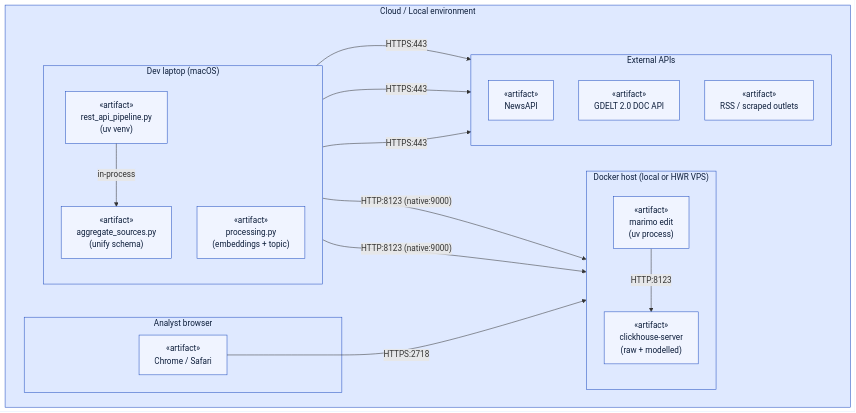
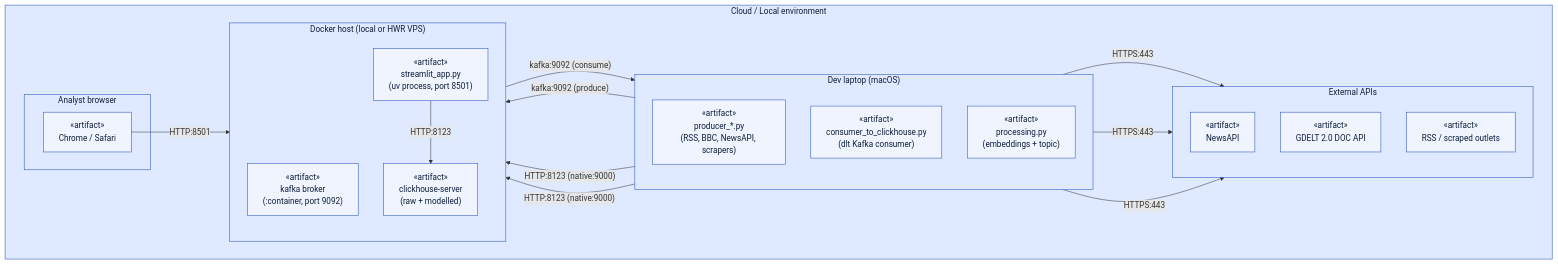
One commit to njaltran/news-intelligence-platform changed the third of 3 diagrams in docs/architecture/03-system-design-diagrams.md. Above: the diagram before and after it, drawn with Mermaid. The commit also changed other lines of this file, not shown here.

First line of the commit message:
Restore Kafka arm and switch dashboards to Streamlit

````diff
--- a/docs/architecture/03-system-design-diagrams.md
+++ b/docs/architecture/03-system-design-diagrams.md
@@ -101,44 +105,46 @@
 ```mermaid
 flowchart LR
     subgraph ENV ["Cloud / Local environment"]
         direction LR
 
         subgraph DEV ["Dev laptop (macOS)"]
             direction TB
-            ART_PIPE["«artifact»<br/>rest_api_pipeline.py<br/>(uv venv)"]
-            ART_AGG["«artifact»<br/>aggregate_sources.py<br/>(unify schema)"]
+            ART_PRODS["«artifact»<br/>producer_*.py<br/>(RSS, BBC, NewsAPI, scrapers)"]
+            ART_CONS["«artifact»<br/>consumer_to_clickhouse.py<br/>(dlt Kafka consumer)"]
             ART_PROC["«artifact»<br/>processing.py<br/>(embeddings + topic)"]
         end
 
         subgraph DOCKER ["Docker host (local or HWR VPS)"]
             direction TB
+            ART_KAFKA["«artifact»<br/>kafka broker<br/>(:container, port 9092)"]
             ART_CH["«artifact»<br/>clickhouse-server<br/>(raw + modelled)"]
-            ART_MARIMO["«artifact»<br/>marimo edit<br/>(uv process)"]
+            ART_STREAMLIT["«artifact»<br/>streamlit_app.py<br/>(uv process, port 8501)"]
         end
 
         subgraph EXTAPI ["External APIs"]
             direction TB
             ART_NEWS["«artifact»<br/>NewsAPI"]
             ART_GDELT["«artifact»<br/>GDELT 2.0 DOC API"]
             ART_RSS["«artifact»<br/>RSS / scraped outlets"]
         end
 
         subgraph CLIENT ["Analyst browser"]
             ART_BROWSER["«artifact»<br/>Chrome / Safari"]
         end
     end
 
-    ART_PIPE -- "HTTPS:443" --> ART_NEWS
-    ART_PIPE -- "HTTPS:443" --> ART_GDELT
-    ART_PIPE -- "HTTPS:443" --> ART_RSS
-    ART_PIPE -- "in-process" --> ART_AGG
-    ART_AGG  -- "HTTP:8123 (native:9000)" --> ART_CH
-    ART_PROC -- "HTTP:8123 (native:9000)" --> ART_CH
-    ART_MARIMO -- "HTTP:8123" --> ART_CH
-    ART_BROWSER -- "HTTPS:2718" --> ART_MARIMO
+    ART_PRODS -- "HTTPS:443" --> ART_NEWS
+    ART_PRODS -- "HTTPS:443" --> ART_GDELT
+    ART_PRODS -- "HTTPS:443" --> ART_RSS
+    ART_PRODS -- "kafka:9092 (produce)" --> ART_KAFKA
+    ART_KAFKA -- "kafka:9092 (consume)" --> ART_CONS
+    ART_CONS  -- "HTTP:8123 (native:9000)" --> ART_CH
+    ART_PROC  -- "HTTP:8123 (native:9000)" --> ART_CH
+    ART_STREAMLIT -- "HTTP:8123" --> ART_CH
+    ART_BROWSER -- "HTTP:8501" --> ART_STREAMLIT
 
     classDef node fill:#dfe9ff,stroke:#1f4cbf,color:#0c1d3a;
     classDef art fill:#f0f4ff,stroke:#1f4cbf,color:#0c1d3a;
     class DEV,DOCKER,EXTAPI,CLIENT,ENV node;
-    class ART_PIPE,ART_AGG,ART_PROC,ART_CH,ART_MARIMO,ART_NEWS,ART_GDELT,ART_RSS,ART_BROWSER art;
+    class ART_PRODS,ART_CONS,ART_PROC,ART_KAFKA,ART_CH,ART_STREAMLIT,ART_NEWS,ART_GDELT,ART_RSS,ART_BROWSER art;
 ```
````
